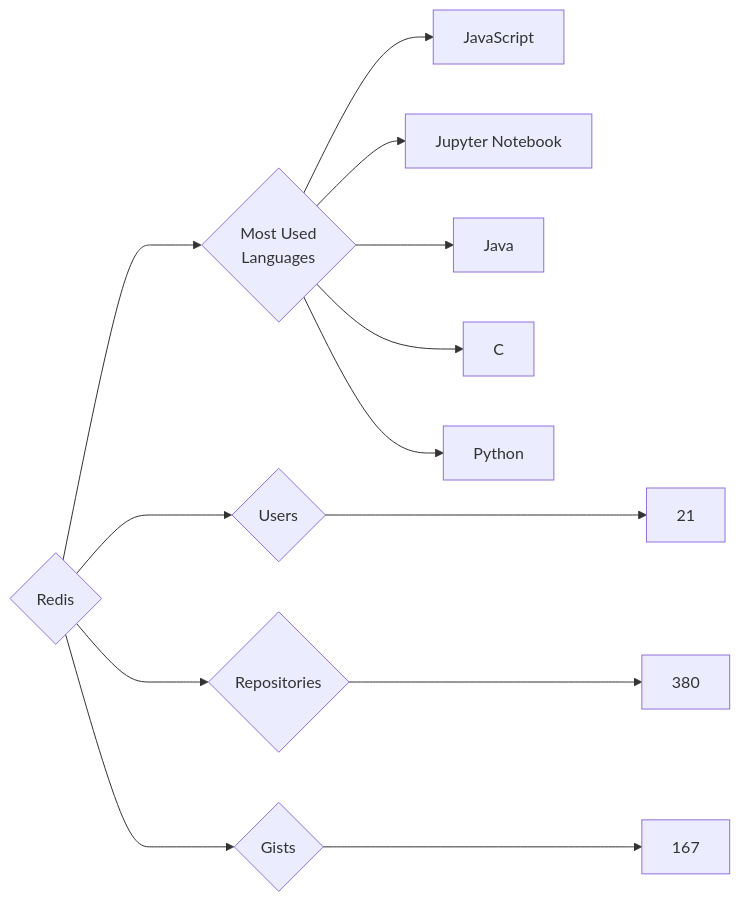
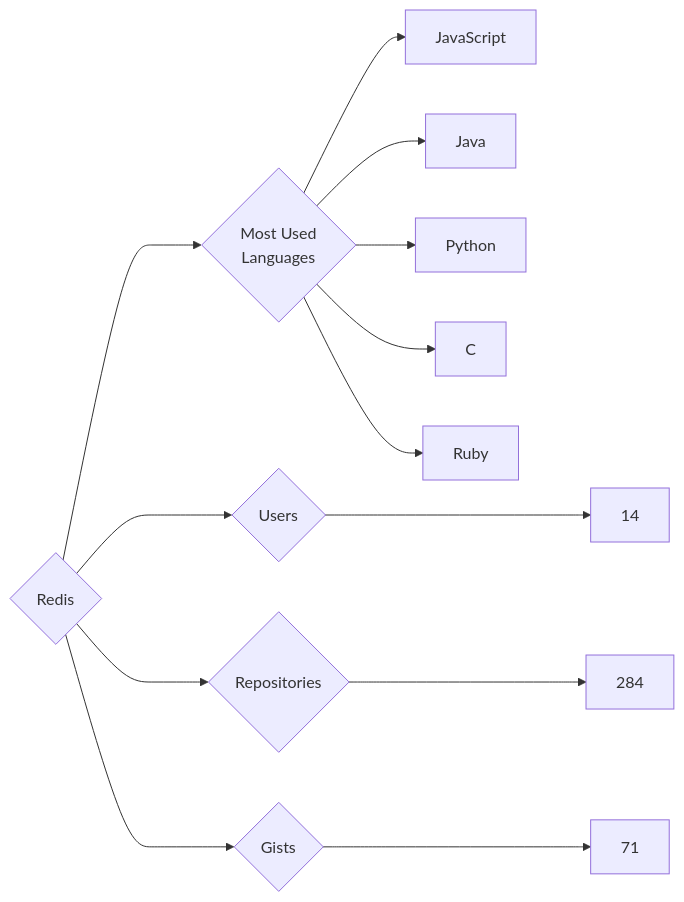
One commit to trickest/insiders changed the diagram in targets/Redis/README.md. Above: the diagram before and after it, drawn with Mermaid. The commit also changed 920 other files, not shown here.

````diff
--- a/targets/Redis/README.md
+++ b/targets/Redis/README.md
@@ -3,13 +3,13 @@
 ```mermaid
 graph LR
 COMPANY_NAME{Redis}
-COMPANY_NAME ---> U{Users} ---> UN[21]
-COMPANY_NAME ---> R{Repositories} ---> RN[380]
-COMPANY_NAME ---> G{Gists} ---> GN[167]
+COMPANY_NAME ---> U{Users} ---> UN[14]
+COMPANY_NAME ---> R{Repositories} ---> RN[284]
+COMPANY_NAME ---> G{Gists} ---> GN[71]
 COMPANY_NAME ---> ML{Most Used<br>Languages}
 ML --> JavaScript[JavaScript]
-ML --> Jupyter_Notebook[Jupyter Notebook]
 ML --> Java[Java]
+ML --> Python[Python]
 ML --> C[C]
-ML --> Python[Python]
+ML --> Ruby[Ruby]
 ```
````
